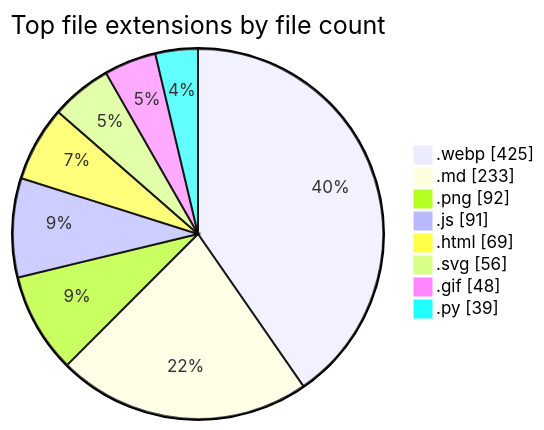
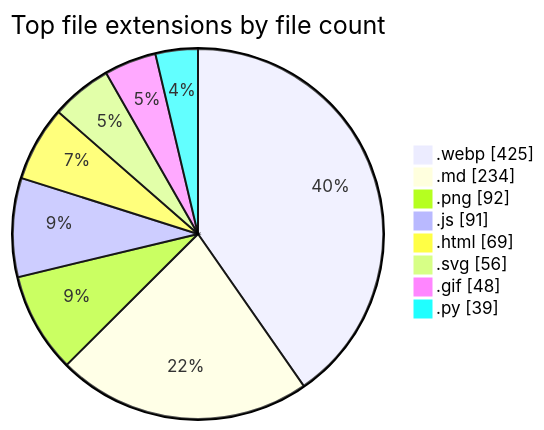
The second of 2 diagrams in README.md (tchinso/tchinso), drawn with Mermaid before and after one commit. The commit also changed other lines of this file, not shown here.

````diff
--- a/README.md
+++ b/README.md
@@ -53,12 +53,12 @@
 ```mermaid
 pie showData
     title Top file extensions by file count
     ".webp" : 425
-    ".md" : 233
+    ".md" : 234
     ".png" : 92
     ".js" : 91
     ".html" : 69
     ".svg" : 56
     ".gif" : 48
     ".py" : 39
 ```
````
